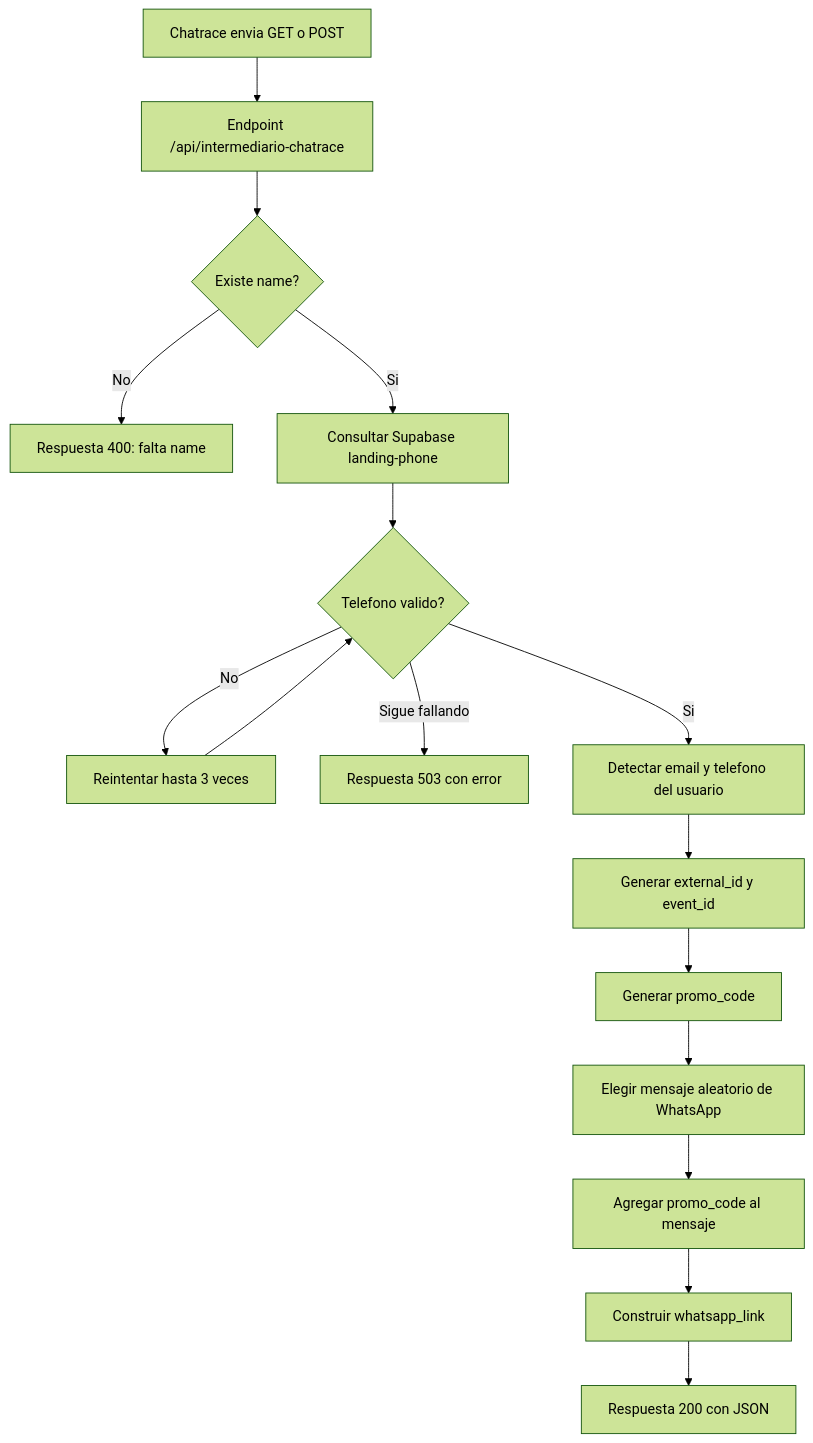
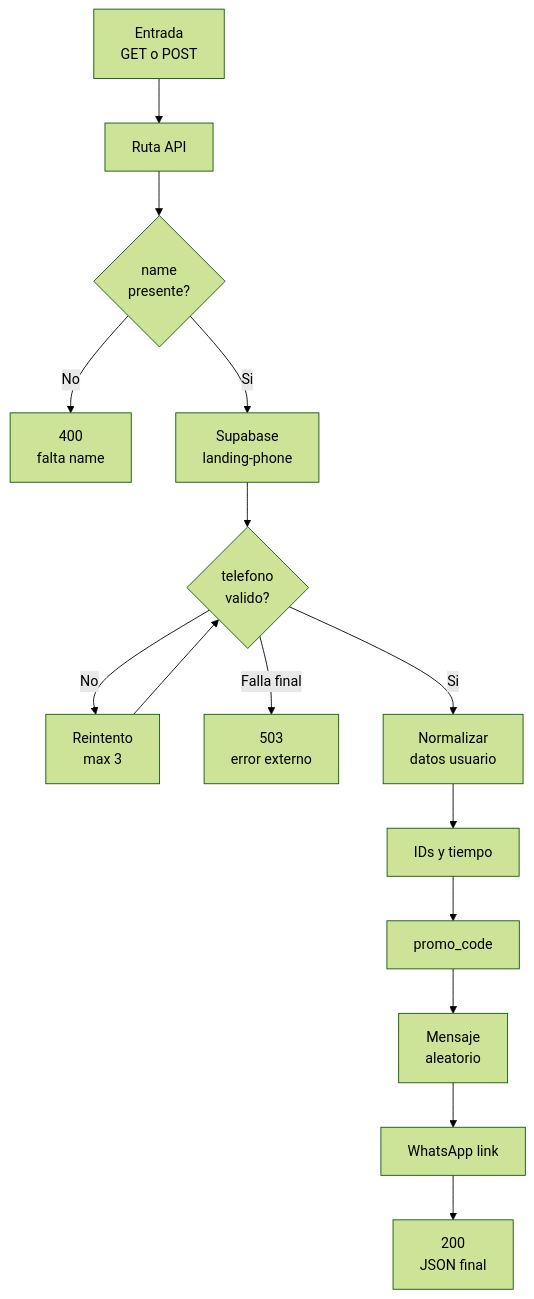
Before and after one commit to hamburglar00/intermediario-chatrace: the diagram in README.md, drawn with Mermaid (forest theme). The commit also changed other lines of this file, not shown here.

````diff
--- a/README.md
+++ b/README.md
@@ -23,18 +25,17 @@
 ```mermaid
 flowchart TD
-    A[Chatrace envia GET o POST] --> B[Endpoint /api/intermediario-chatrace]
-    B --> C{Existe name?}
-    C -- No --> D[Respuesta 400: falta name]
-    C -- Si --> E[Consultar Supabase landing-phone]
-    E --> F{Telefono valido?}
-    F -- No --> G[Reintentar hasta 3 veces]
+    A["Entrada<br/>GET o POST"] --> B["Ruta API"]
+    B --> C{"name<br/>presente?"}
+    C -- "No" --> D["400<br/>falta name"]
+    C -- "Si" --> E["Supabase<br/>landing-phone"]
+    E --> F{"telefono<br/>valido?"}
+    F -- "No" --> G["Reintento<br/>max 3"]
     G --> F
-    F -- Sigue fallando --> H[Respuesta 503 con error]
-    F -- Si --> I[Detectar email y telefono del usuario]
-    I --> J[Generar external_id y event_id]
-    J --> K[Generar promo_code]
-    K --> L[Elegir mensaje aleatorio de WhatsApp]
-    L --> M[Agregar promo_code al mensaje]
-    M --> N[Construir whatsapp_link]
-    N --> O[Respuesta 200 con JSON]
+    F -- "Falla final" --> H["503<br/>error externo"]
+    F -- "Si" --> I["Normalizar<br/>datos usuario"]
+    I --> J["IDs y tiempo"]
+    J --> K["promo_code"]
+    K --> L["Mensaje<br/>aleatorio"]
+    L --> M["WhatsApp link"]
+    M --> N["200<br/>JSON final"]
 ```
````
